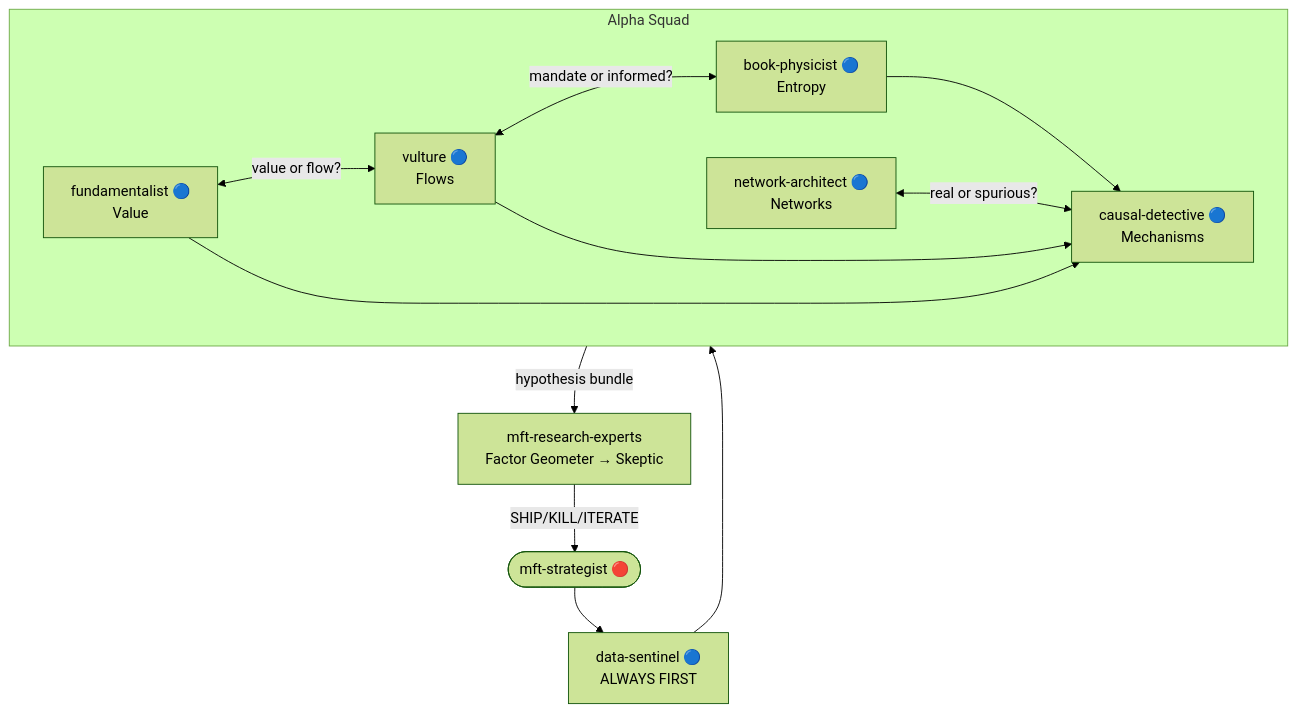
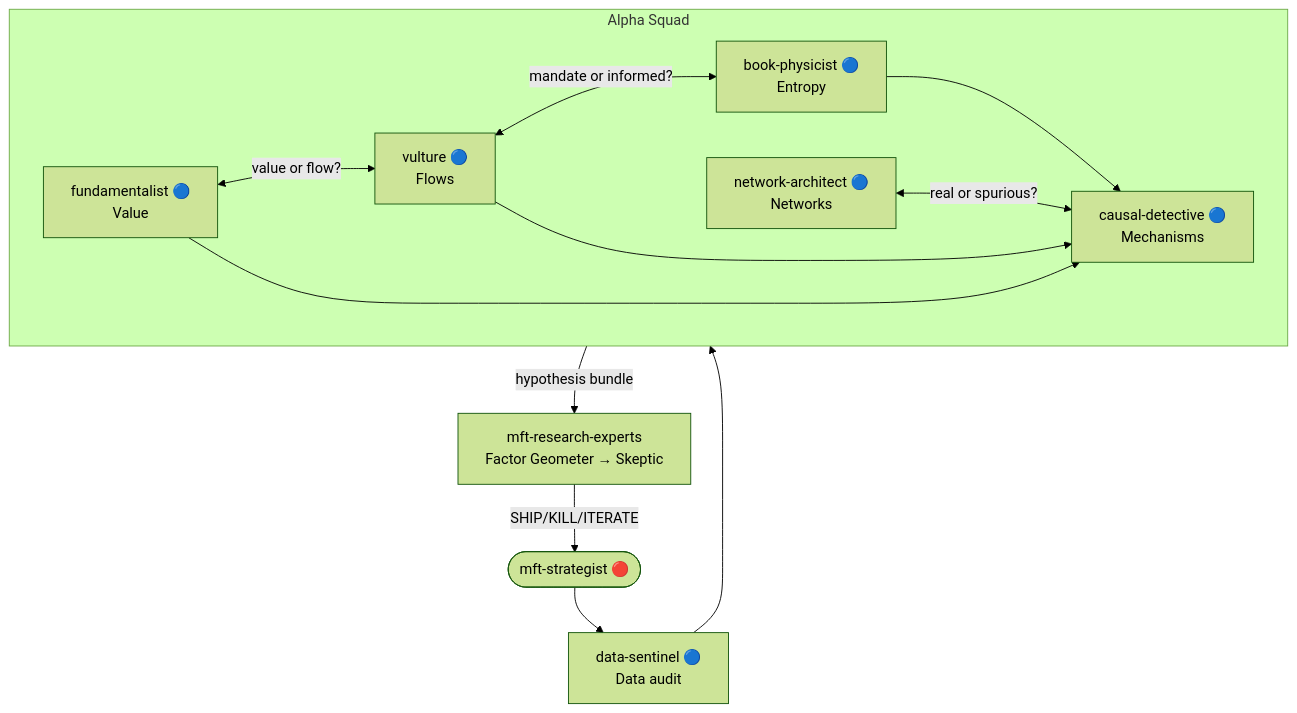
The diagram in skills/alpha-squad/README.md (VladKochetov007/WunderFunder), drawn with Mermaid (forest theme) before and after one commit. The commit also changed other lines of this file and 19 other files, not shown here.

````diff
--- a/skills/alpha-squad/README.md
+++ b/skills/alpha-squad/README.md
@@ -60,24 +92,24 @@
 ```mermaid
 flowchart TD
-    strat([mft-strategist 🔴]) --> sentinel["data-sentinel 🔵<br/>ALWAYS FIRST"]
+    strat([mft-strategist 🔴]) --> sentinel["data-sentinel 🔵<br/>Data audit"]
 
     sentinel --> squad
 
     subgraph squad [Alpha Squad]
         fund["fundamentalist 🔵<br/>Value"]
         vult["vulture 🔵<br/>Flows"]
         netarch["network-architect 🔵<br/>Networks"]
         bphys["book-physicist 🔵<br/>Entropy"]
         causal["causal-detective 🔵<br/>Mechanisms"]
 
         fund <-->|"value or flow?"| vult
         vult <-->|"mandate or informed?"| bphys
         netarch <-->|"real or spurious?"| causal
         bphys --> causal
         fund --> causal
         vult --> causal
     end
 
     squad -->|"hypothesis bundle"| validators["mft-research-experts<br/>Factor Geometer → Skeptic"]
     validators -->|"SHIP/KILL/ITERATE"| strat
 ```
````
